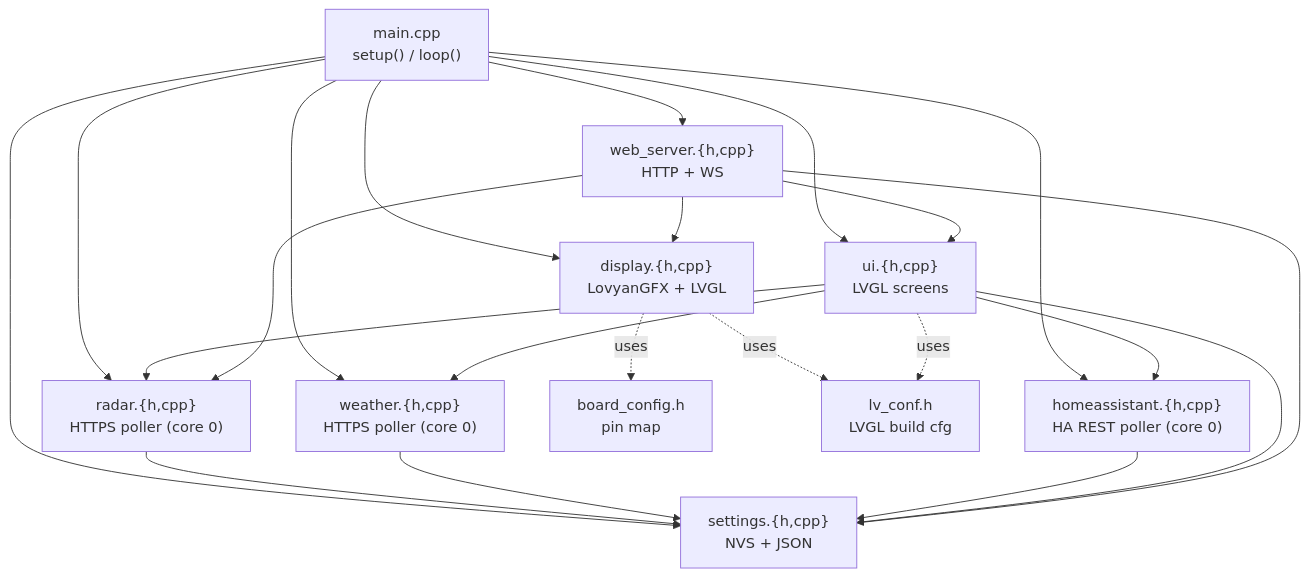
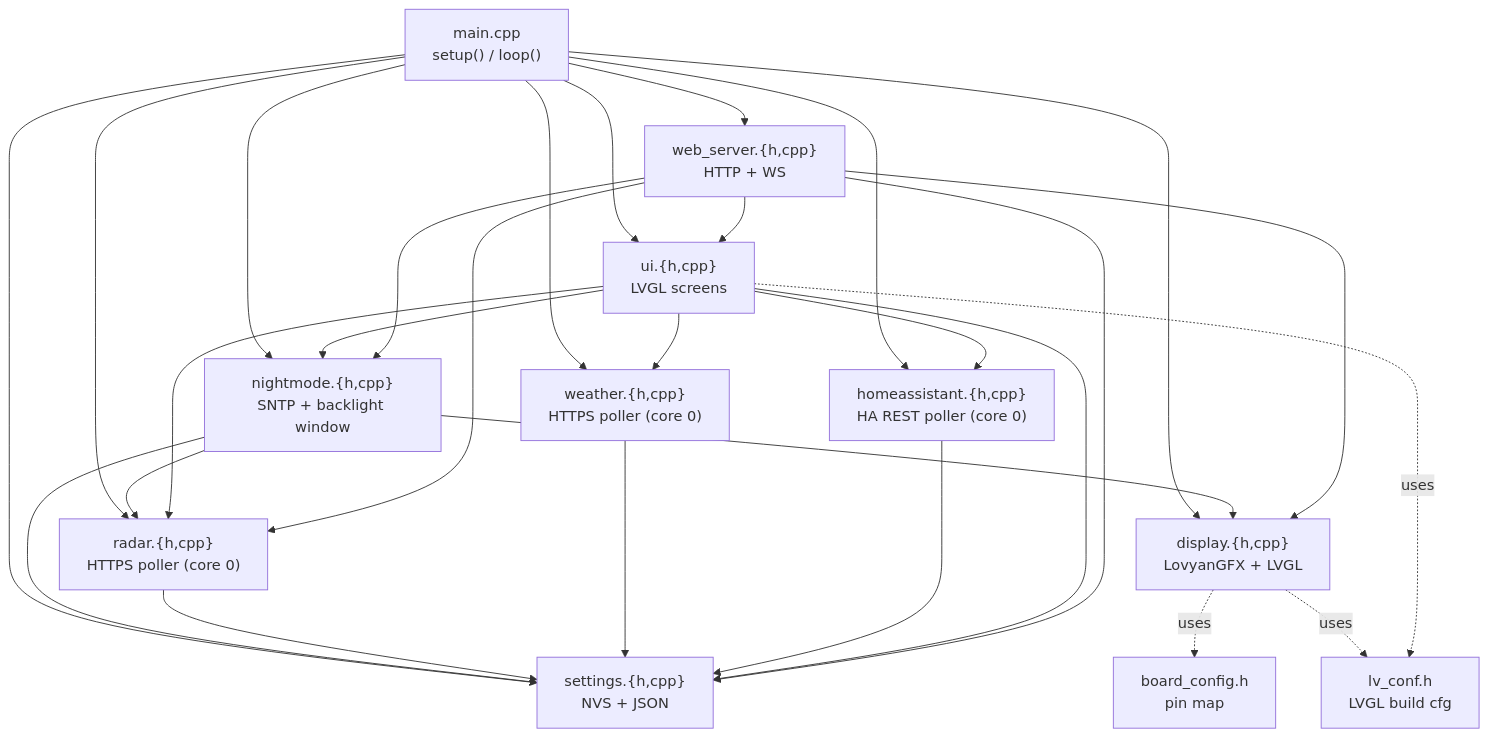
One commit to Krasnov777/esp32-sky-gauge changed the second of 8 diagrams in ARCHITECTURE.md. Above: the diagram before and after it, drawn with Mermaid. The commit also changed other lines of this file and 13 other files, not shown here.

First line of the commit message:
Night window: blank the backlight on a schedule

````diff
--- a/ARCHITECTURE.md
+++ b/ARCHITECTURE.md
@@ -87,39 +88,47 @@
 ```mermaid
 flowchart TB
   main["main.cpp<br/>setup() / loop()"]
 
   settings["settings.{h,cpp}<br/>NVS + JSON"]
   display["display.{h,cpp}<br/>LovyanGFX + LVGL"]
   ui["ui.{h,cpp}<br/>LVGL screens"]
   web["web_server.{h,cpp}<br/>HTTP + WS"]
   radar["radar.{h,cpp}<br/>HTTPS poller (core 0)"]
   weather["weather.{h,cpp}<br/>HTTPS poller (core 0)"]
   homeassistant["homeassistant.{h,cpp}<br/>HA REST poller (core 0)"]
+  nightmode["nightmode.{h,cpp}<br/>SNTP + backlight window"]
 
   board["board_config.h<br/>pin map"]
   lvconf["lv_conf.h<br/>LVGL build cfg"]
 
   main --> settings
   main --> display
   main --> ui
   main --> web
   main --> radar
   main --> weather
   main --> homeassistant
+  main --> nightmode
+
+  nightmode --> display
+  nightmode --> settings
+  nightmode --> radar
+  ui --> nightmode
 
   ui --> radar
   ui --> weather
   ui --> homeassistant
   radar --> settings
   weather --> settings
   homeassistant --> settings
   web --> radar
 
   display -.uses.-> board
   display -.uses.-> lvconf
   ui --> settings
   ui -.uses.-> lvconf
   web --> settings
   web --> ui
   web --> display
+  web --> nightmode
 ```
````
